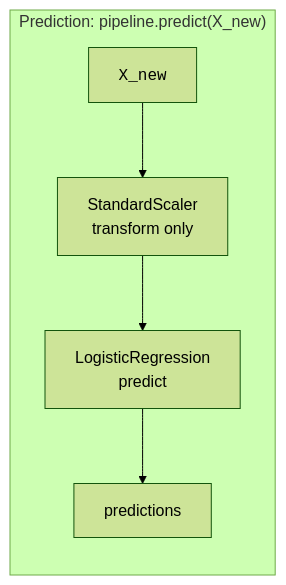
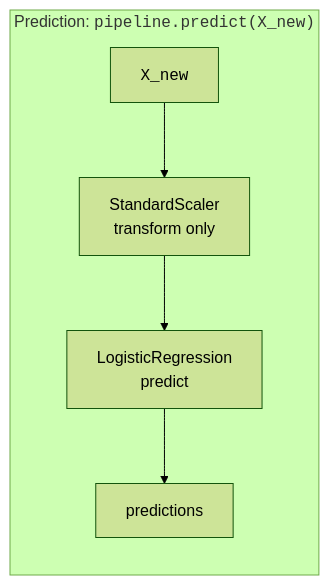
Before and after one commit to dataslope/dataslope: the second of 3 diagrams in content/courses/machine-learning-scikit-learn/pipelines-and-columntransformer.mdx, drawn with Mermaid (forest theme). The commit also changed other lines of this file and 65 other files, not shown here.

First line of the commit message:
Set code in every mermaid label in the mono face

````diff
--- a/content/courses/machine-learning-scikit-learn/pipelines-and-columntransformer.mdx
+++ b/content/courses/machine-learning-scikit-learn/pipelines-and-columntransformer.mdx
@@ -94,8 +94,8 @@
 ```mermaid
 flowchart LR
-    subgraph Prediction ["Prediction: pipeline.predict(X_new)"]
+    subgraph Prediction ["Prediction: <code>pipeline.predict(X_new)</code>"]
         E["<code>X_new</code>"] --> F["StandardScaler<br/>transform only"]
         F --> G["LogisticRegression<br/>predict"]
         G --> H["predictions"]
     end
 ```
````
